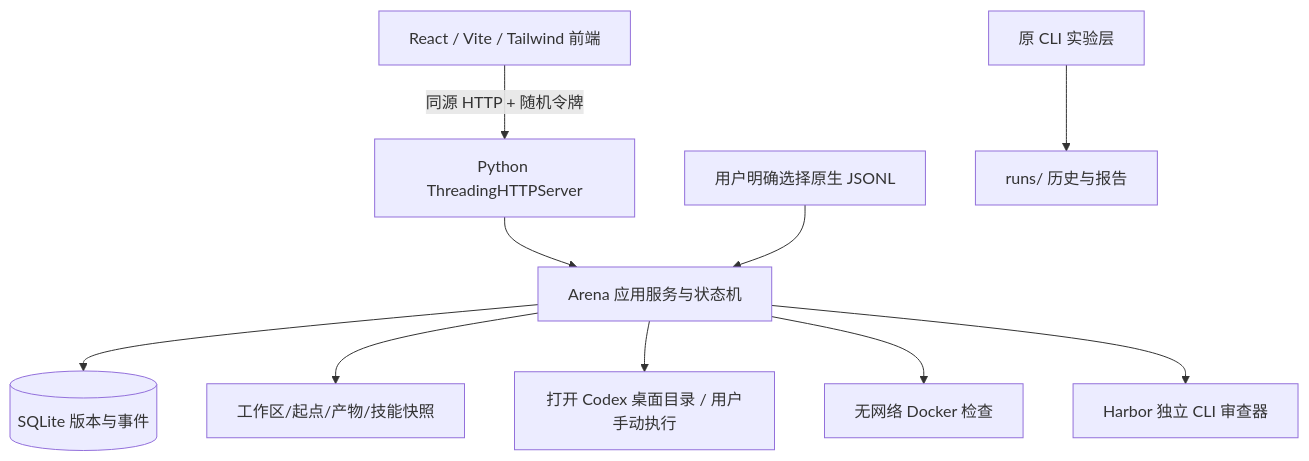
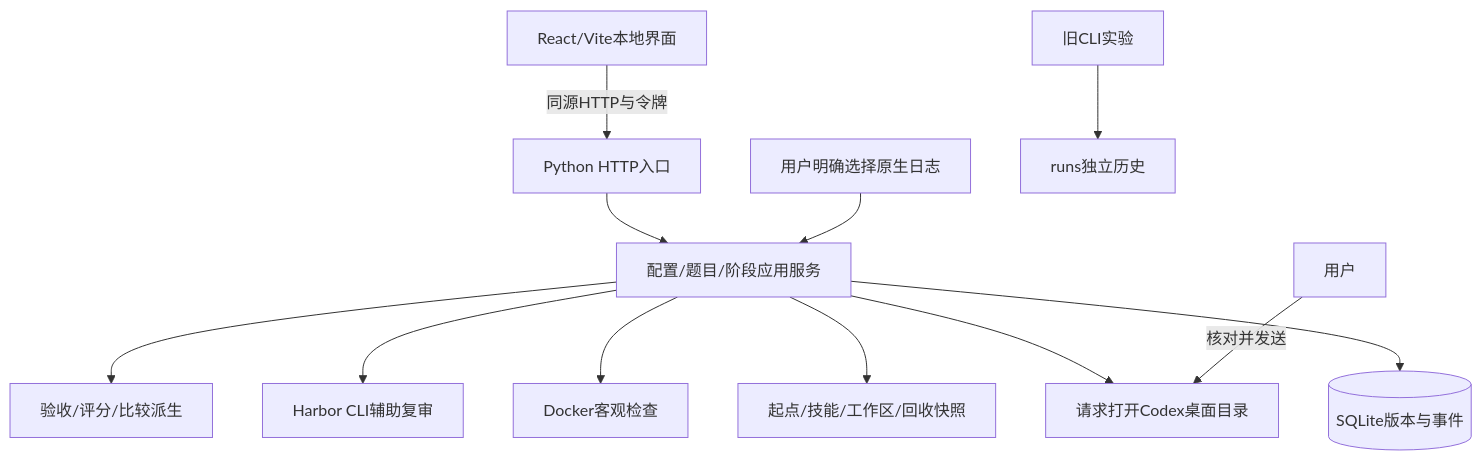
Before and after one commit to devonsagr/Codex-Harness-Bench: the second of 2 diagrams in docs/PROJECT_SPEC.md, drawn with Mermaid. The commit also changed other lines of this file and 19 other files, not shown here.

````diff
--- a/docs/PROJECT_SPEC.md
+++ b/docs/PROJECT_SPEC.md
@@ -43,12 +63,14 @@
 ```mermaid
 flowchart TB
-  UI[React / Vite / Tailwind 前端] -->|同源 HTTP + 随机令牌| API[Python ThreadingHTTPServer]
-  API --> S[Arena 应用服务与状态机]
-  S --> DB[(SQLite 版本与事件)]
-  S --> FS[工作区/起点/产物/技能快照]
-  S --> Desktop[打开 Codex 桌面目录 / 用户手动执行]
-  S --> Checker[无网络 Docker 检查]
-  S --> Harbor[Harbor 独立 CLI 审查器]
-  Native[用户明确选择原生 JSONL] --> S
-  Legacy[原 CLI 实验层] --> LegacyFiles[runs/ 历史与报告]
+  UI[React/Vite本地界面] -->|同源HTTP与令牌| HTTP[Python HTTP入口]
+  HTTP --> App[配置/题目/阶段应用服务]
+  App --> DB[(SQLite版本与事件)]
+  App --> FS[起点/技能/工作区/回收快照]
+  App --> Desktop[请求打开Codex桌面目录]
+  User[用户] -->|核对并发送| Desktop
+  App --> Checks[Docker客观检查]
+  App --> Judge[Harbor CLI辅助复审]
+  Trace[用户明确选择原生日志] --> App
+  App --> Score[验收/评分/比较派生]
+  Legacy[旧CLI实验] --> Old[runs独立历史]
 ```
````
